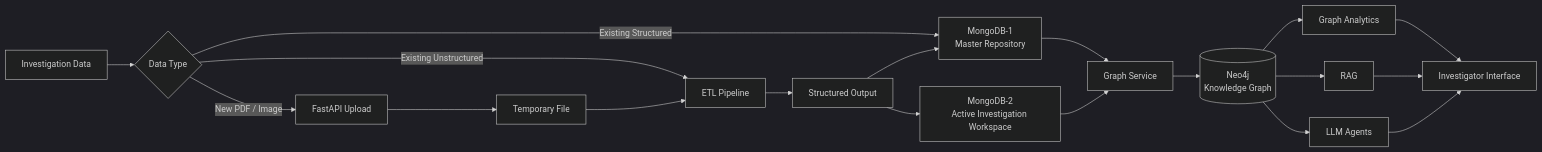
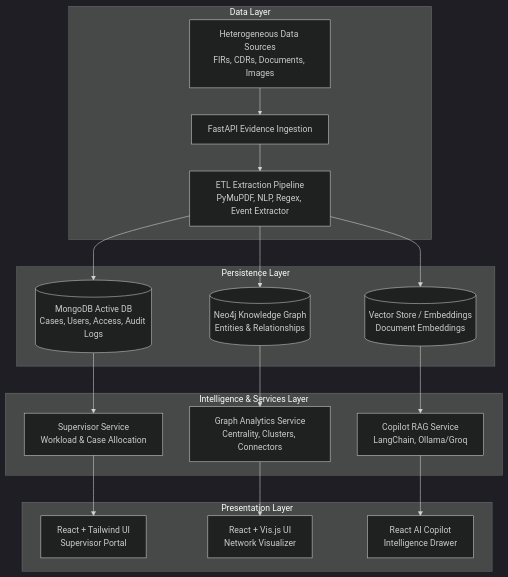
The diagram in README.md (nishant-0411/NETRA), drawn with Mermaid (dark theme) before and after one commit. The commit also changed other lines of this file and 21 other files, not shown here.

Commit message:
feat: Add Station Supervisor Portal, Role-Based Auth, Case Transfers, Presentation Officers Seed & Updated Documentation

````diff
--- a/README.md
+++ b/README.md
@@ -69,21 +57,25 @@
-``` mermaid
-flowchart LR
-    A[Investigation Data] --> B{Data Type}
-    B -->|Existing Structured| C[MongoDB-1<br/>Master Repository]
-    B -->|Existing Unstructured| D[ETL Pipeline]
-    B -->|New PDF / Image| E[FastAPI Upload]
-    D --> F[Structured Output]
-    E --> G[Temporary File]
-    G --> D
-    F --> C
-    F --> H[MongoDB-2<br/>Active Investigation Workspace]
-    H --> I[Graph Service]
-    C --> I
-    I --> J[(Neo4j<br/>Knowledge Graph)]
-    J --> K[Graph Analytics]
-    J --> L[RAG]
-    J --> M[LLM Agents]
-    K --> N[Investigator Interface]
-    L --> N
-    M --> N
+```mermaid
+flowchart TD
+    subgraph Data Layer
+        A[Heterogeneous Data Sources<br/>FIRs, CDRs, Documents, Images] --> B[FastAPI Evidence Ingestion]
+        B --> C[ETL Extraction Pipeline<br/>PyMuPDF, NLP, Regex, Event Extractor]
+    end
+
+    subgraph Persistence Layer
+        C --> D[(MongoDB Active DB<br/>Cases, Users, Access, Audit Logs)]
+        C --> E[(Neo4j Knowledge Graph<br/>Entities & Relationships)]
+        C --> F[(Vector Store / Embeddings<br/>Document Embeddings)]
+    end
+
+    subgraph Intelligence & Services Layer
+        D --> G[Supervisor Service<br/>Workload & Case Allocation]
+        E --> H[Graph Analytics Service<br/>Centrality, Clusters, Connectors]
+        F --> I[Copilot RAG Service<br/>LangChain, Ollama/Groq]
+    end
+
+    subgraph Presentation Layer
+        G --> J[React + Tailwind UI<br/>Supervisor Portal]
+        H --> K[React + Vis.js UI<br/>Network Visualizer]
+        I --> L[React AI Copilot<br/>Intelligence Drawer]
+    end
 ```
````
